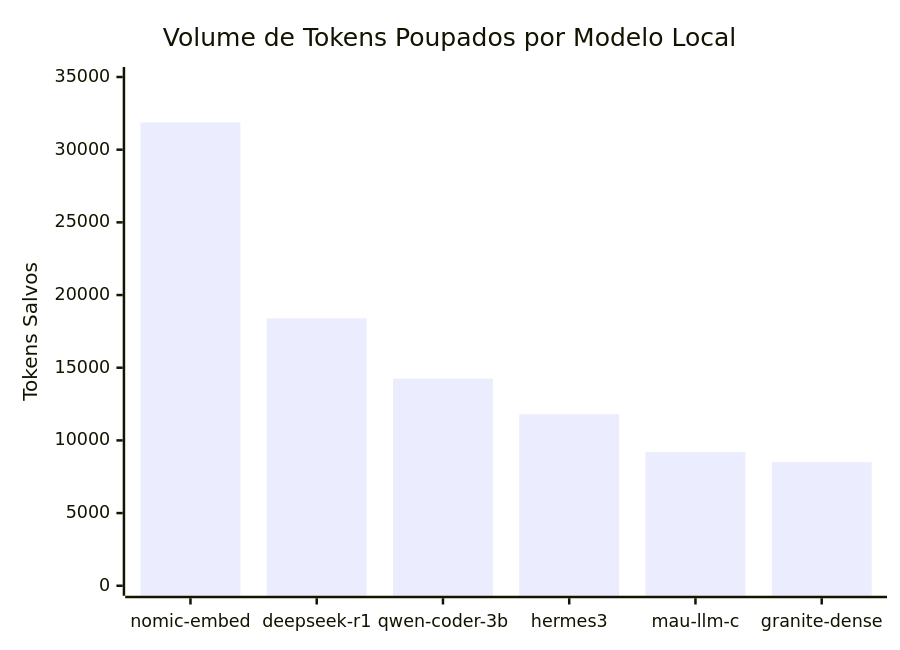
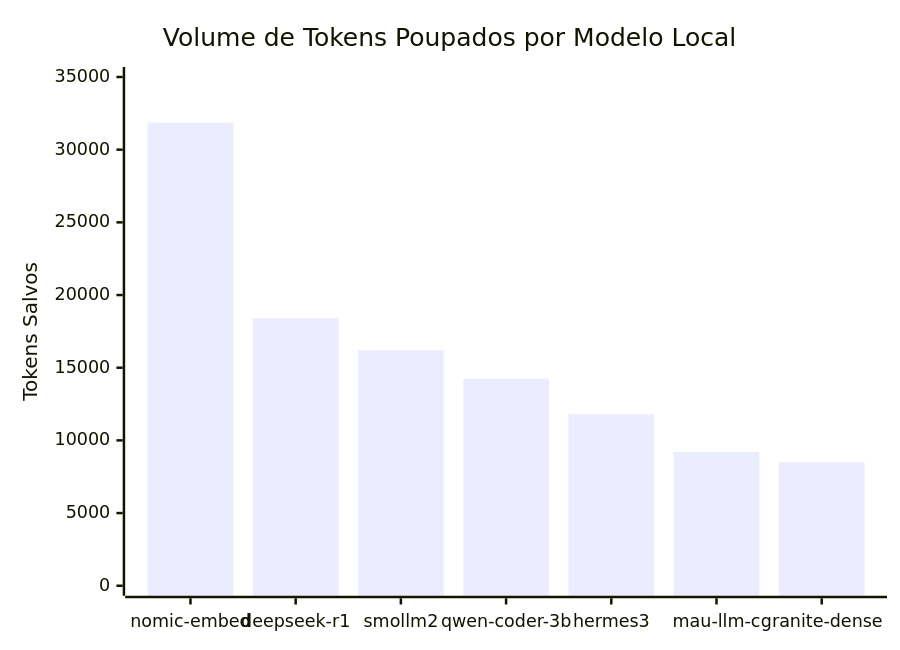
Before and after one commit to Helfstein-one/gravitational-singularity: the fourth of 6 diagrams in README.md, drawn with Mermaid. The commit also changed other lines of this file and 9 other files, not shown here.

````diff
--- a/README.md
+++ b/README.md
@@ -169,7 +169,7 @@
 ```mermaid
 xychart-beta
     title "Volume de Tokens Poupados por Modelo Local"
-    x-axis ["nomic-embed", "deepseek-r1", "qwen-coder-3b", "hermes3", "mau-llm-c", "granite-dense"]
+    x-axis ["nomic-embed", "deepseek-r1", "smollm2", "qwen-coder-3b", "hermes3", "mau-llm-c", "granite-dense"]
     y-axis "Tokens Salvos" 0 --> 35000
-    bar [31872, 18400, 14250, 11800, 9200, 8500]
+    bar [31872, 18400, 16200, 14250, 11800, 9200, 8500]
 ```
````
